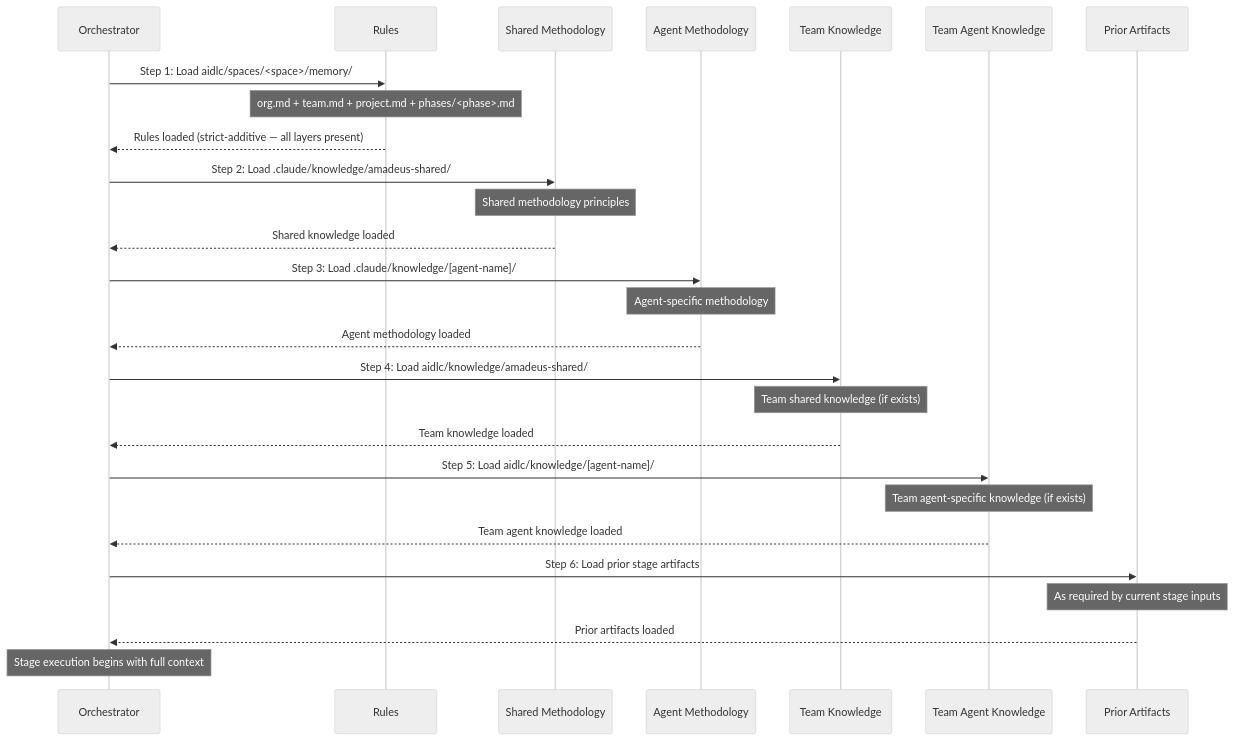
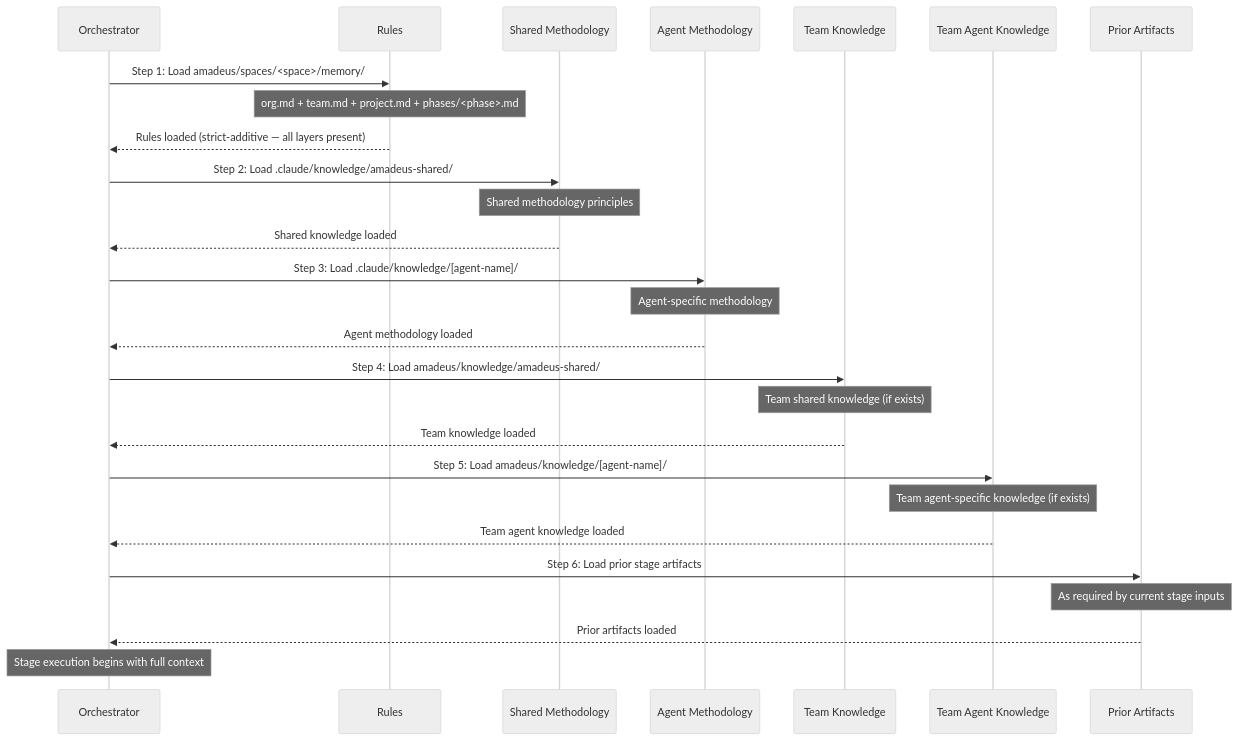
One commit to amadeus-dlc/amadeus changed the diagram in docs/reference/10-knowledge-system.md. Above: the diagram before and after it, drawn with Mermaid (neutral theme). The commit also changed other lines of this file and 326 other files, not shown here.

First line of the commit message:
refactor: rename the aidlc/ workspace root to amadeus/

````diff
--- a/docs/reference/10-knowledge-system.md
+++ b/docs/reference/10-knowledge-system.md
@@ -70,36 +70,36 @@
 ```mermaid
 sequenceDiagram
     participant O as Orchestrator
     participant G as Rules
     participant SM as Shared Methodology
     participant AM as Agent Methodology
     participant TK as Team Knowledge
     participant TAK as Team Agent Knowledge
     participant PA as Prior Artifacts
 
-    O->>G: Step 1: Load aidlc/spaces/<space>/memory/
+    O->>G: Step 1: Load amadeus/spaces/<space>/memory/
     Note over G: org.md + team.md + project.md + phases/<phase>.md
     G-->>O: Rules loaded (strict-additive — all layers present)
 
     O->>SM: Step 2: Load .claude/knowledge/amadeus-shared/
     Note over SM: Shared methodology principles
     SM-->>O: Shared knowledge loaded
 
     O->>AM: Step 3: Load .claude/knowledge/[agent-name]/
     Note over AM: Agent-specific methodology
     AM-->>O: Agent methodology loaded
 
-    O->>TK: Step 4: Load aidlc/knowledge/amadeus-shared/
+    O->>TK: Step 4: Load amadeus/knowledge/amadeus-shared/
     Note over TK: Team shared knowledge (if exists)
     TK-->>O: Team knowledge loaded
 
-    O->>TAK: Step 5: Load aidlc/knowledge/[agent-name]/
+    O->>TAK: Step 5: Load amadeus/knowledge/[agent-name]/
     Note over TAK: Team agent-specific knowledge (if exists)
     TAK-->>O: Team agent knowledge loaded
 
     O->>PA: Step 6: Load prior stage artifacts
     Note over PA: As required by current stage inputs
     PA-->>O: Prior artifacts loaded
 
     Note over O: Stage execution begins with full context
 ```
````
